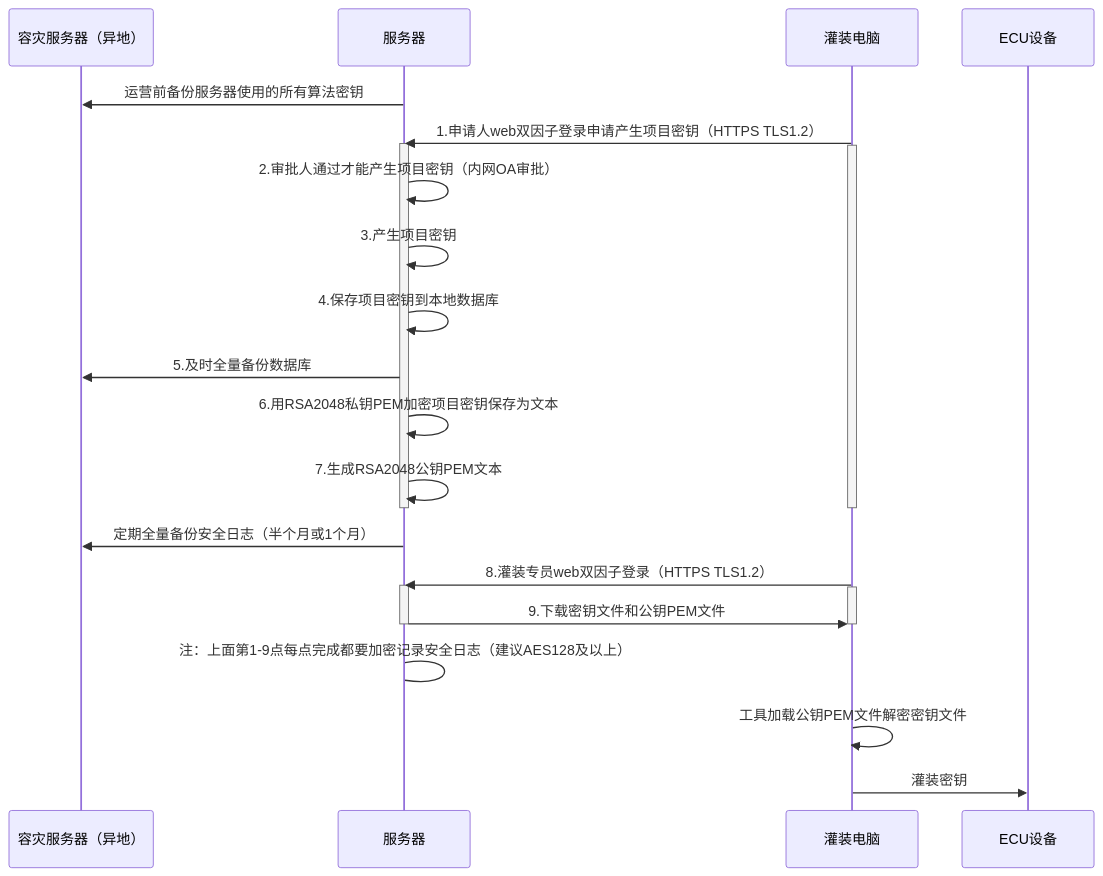
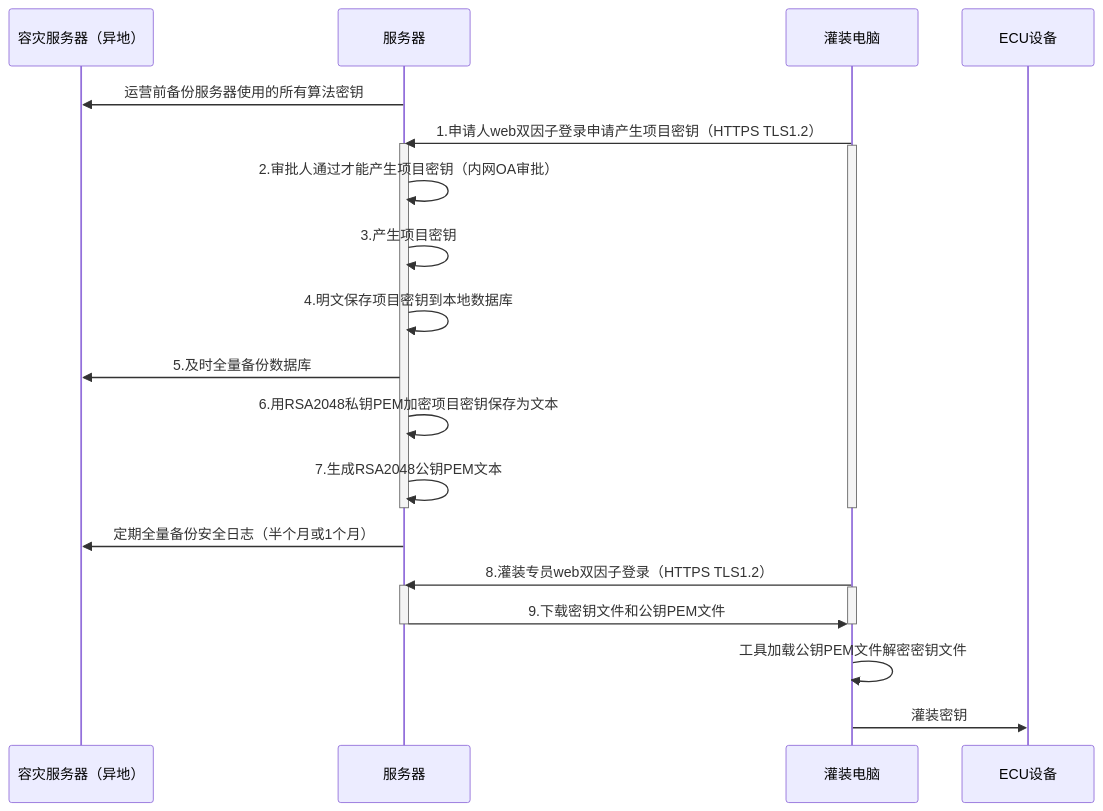
The diagram in all/未命名-17.md (facebook-cloud/iodraw-files), drawn with Mermaid before and after one commit.

Commit message:
2026-03-05 20:45:07 update

````diff
--- a/all/未命名-17.md
+++ b/all/未命名-17.md
@@ -1,34 +1,33 @@
 ```mermaid
 sequenceDiagram
     participant A as 容灾服务器（异地）
     participant B as 服务器
     participant D as 灌装电脑
     participant E as ECU设备
 
     B->>A: 运营前备份服务器使用的所有算法密钥
     D->>B: 1.申请人web双因子登录申请产生项目密钥（HTTPS TLS1.2）
     activate B
     activate D
     B->>B: 2.审批人通过才能产生项目密钥（内网OA审批）
     B->>B: 3.产生项目密钥
-    B->>B: 4.保存项目密钥到本地数据库
+    B->>B: 4.明文保存项目密钥到本地数据库
     B->>A: 5.及时全量备份数据库
     B->>B: 6.用RSA2048私钥PEM加密项目密钥保存为文本
     B->>B: 7.生成RSA2048公钥PEM文本
     deactivate B
     deactivate D
 
     B->>A: 定期全量备份安全日志（半个月或1个月）
     
     D->>B: 8.灌装专员web双因子登录（HTTPS TLS1.2）
     activate B
     activate D
     B->>D: 9.下载密钥文件和公钥PEM文件
     deactivate B
     deactivate D
-    B->B: 注：上面第1-9点每点完成都要加密记录安全日志（建议AES128及以上）
 
     D->>D:工具加载公钥PEM文件解密密钥文件
     
     D->>E: 灌装密钥
 ```
````
